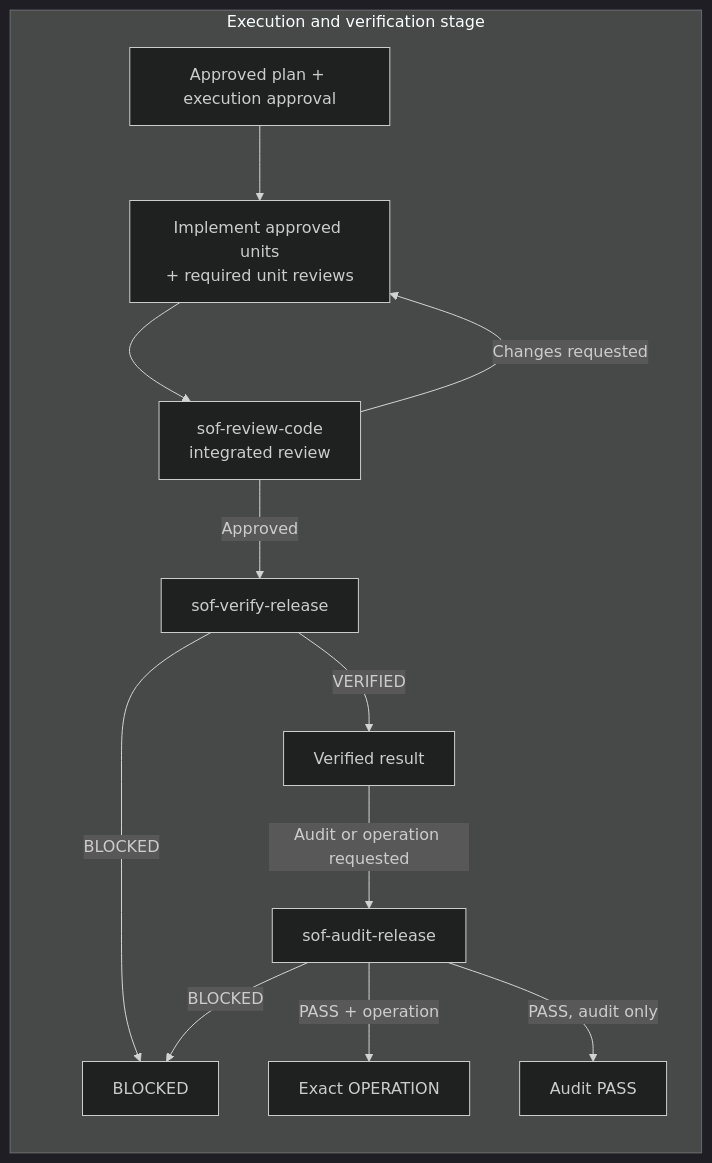
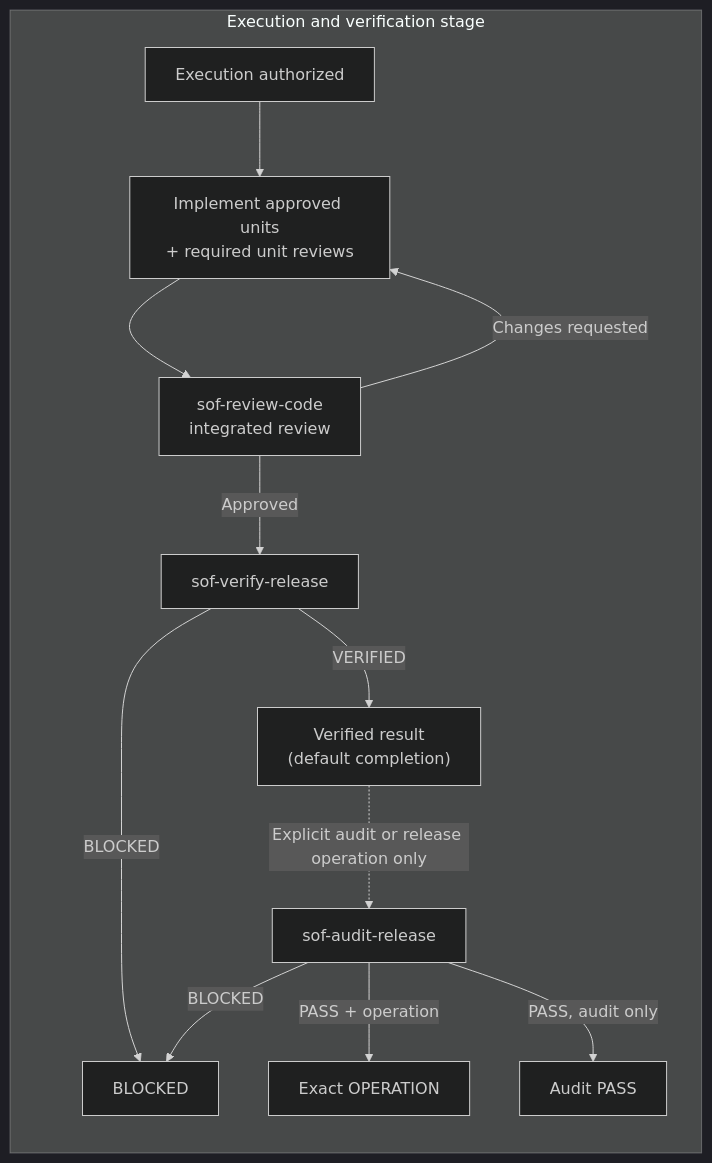
The third of 3 diagrams in README.md (zhenyumi/simple-opencode-flow), drawn with Mermaid (dark theme) before and after one commit. The commit also changed other lines of this file and 4 other files, not shown here.

````diff
--- a/README.md
+++ b/README.md
@@ -136,16 +137,16 @@
 ```mermaid
 flowchart TD
     subgraph EXECUTION["Execution and verification stage"]
         direction TB
-        X["Approved plan + execution approval"] --> I["Implement approved units<br/>+ required unit reviews"]
+        X["Execution authorized"] --> I["Implement approved units<br/>+ required unit reviews"]
         I --> IR["sof-review-code<br/>integrated review"]
         IR -- "Changes requested" --> I
         IR -- "Approved" --> V["sof-verify-release"]
-        V -- "VERIFIED" --> DONE["Verified result"]
+        V -- "VERIFIED" --> DONE["Verified result<br/>(default completion)"]
         V -- "BLOCKED" --> B["BLOCKED"]
-        DONE -- "Audit or operation requested" --> AU["sof-audit-release"]
+        DONE -. "Explicit audit or release operation only" .-> AU["sof-audit-release"]
         AU -- "PASS + operation" --> O["Exact OPERATION"]
         AU -- "PASS, audit only" --> PASS["Audit PASS"]
         AU -- "BLOCKED" --> B
     end
 ```
````
